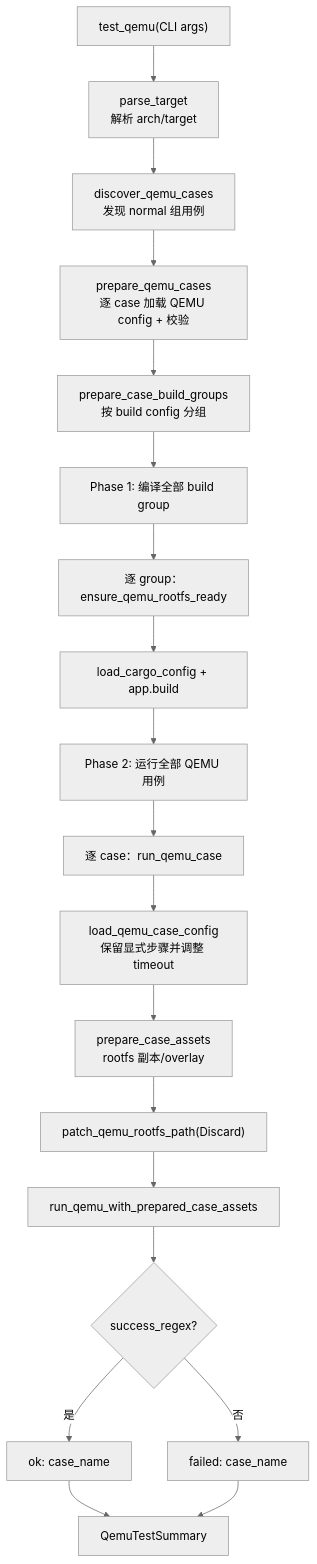
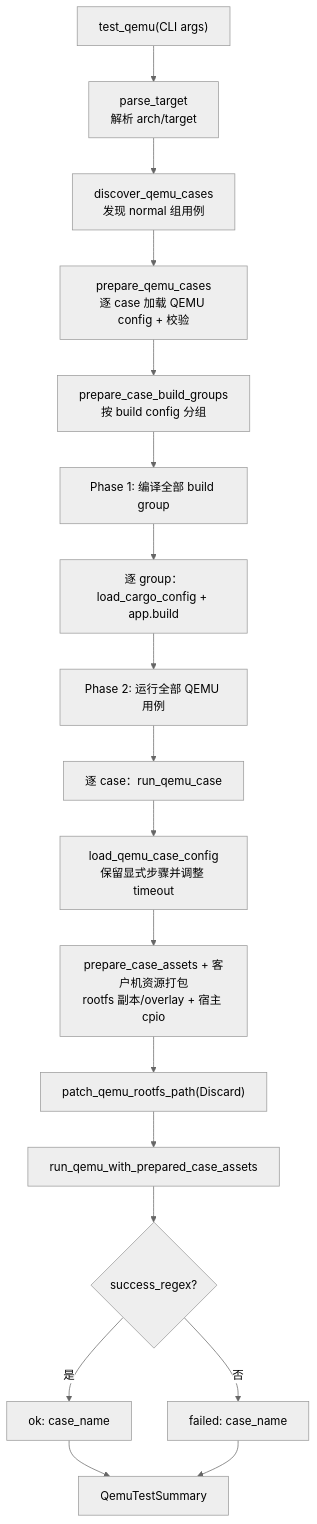
The first of 2 diagrams in docs/docs/build/axvisor/test.md (rcore-os/tgoskits), drawn with Mermaid (neutral theme) before and after one commit. The commit also changed other lines of this file and 94 other files, not shown here.

````diff
--- a/docs/docs/build/axvisor/test.md
+++ b/docs/docs/build/axvisor/test.md
@@ -49,21 +49,20 @@
 ```mermaid
 flowchart TD
     A["test_qemu(CLI args)"] --> B["parse_target<br/>解析 arch/target"]
     B --> C["discover_qemu_cases<br/>发现 normal 组用例"]
     C --> D["prepare_qemu_cases<br/>逐 case 加载 QEMU config + 校验"]
     D --> E["prepare_case_build_groups<br/>按 build config 分组"]
     E --> F["Phase 1: 编译全部 build group"]
-    F --> F1["逐 group：ensure_qemu_rootfs_ready"]
-    F1 --> F2["load_cargo_config + app.build"]
+    F --> F2["逐 group：load_cargo_config + app.build"]
     F2 --> G["Phase 2: 运行全部 QEMU 用例"]
     G --> H["逐 case：run_qemu_case"]
     H --> I["load_qemu_case_config<br/>保留显式步骤并调整 timeout"]
-    I --> J["prepare_case_assets<br/>rootfs 副本/overlay"]
+    I --> J["prepare_case_assets + 客户机资源打包<br/>rootfs 副本/overlay + 宿主 cpio"]
     J --> K["patch_qemu_rootfs_path(Discard)"]
     K --> L["run_qemu_with_prepared_case_assets"]
     L --> M{"success_regex?"}
     M -->|是| N["ok: case_name"]
     M -->|否| O["failed: case_name"]
     N --> P["QemuTestSummary"]
     O --> P
 ```
````
